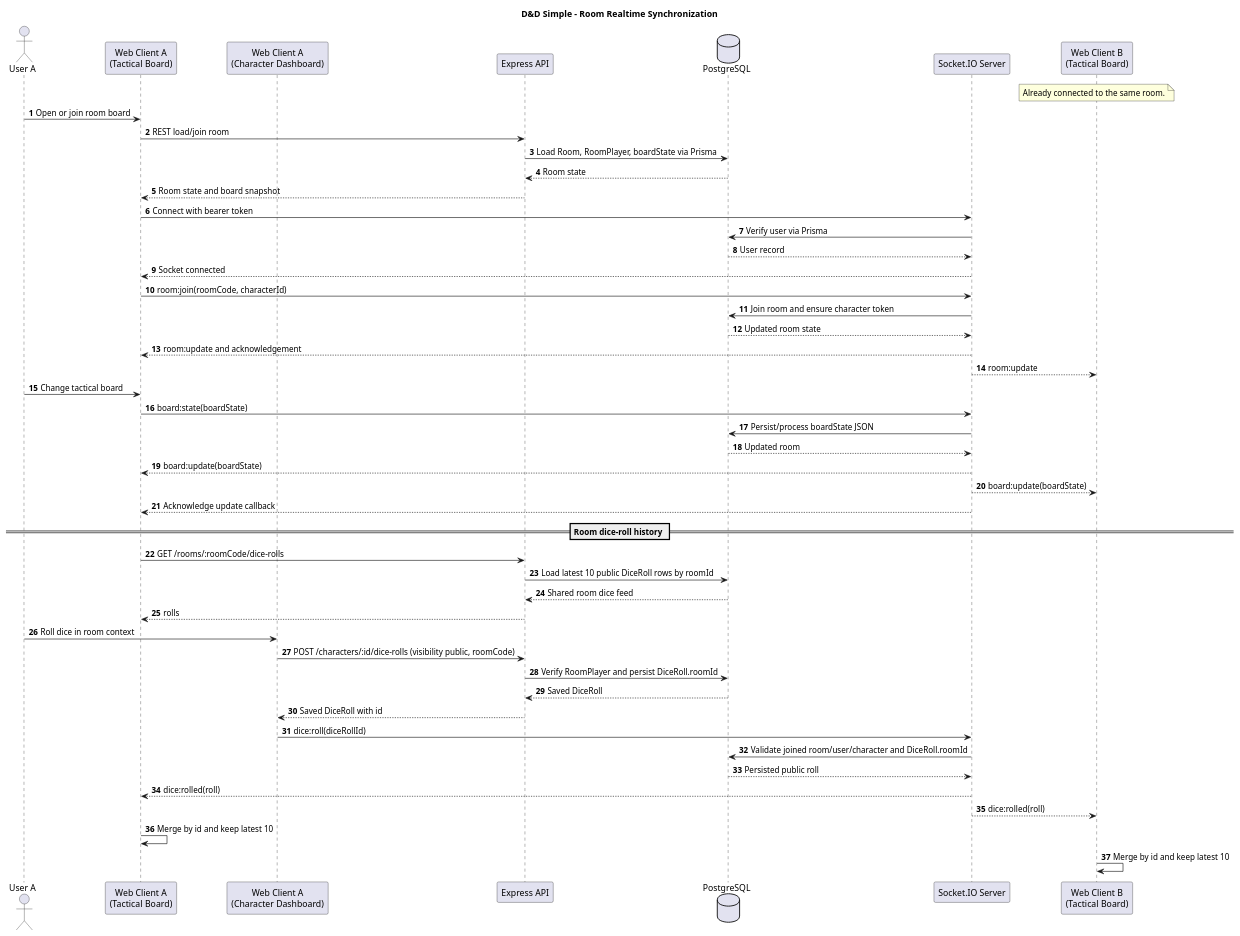
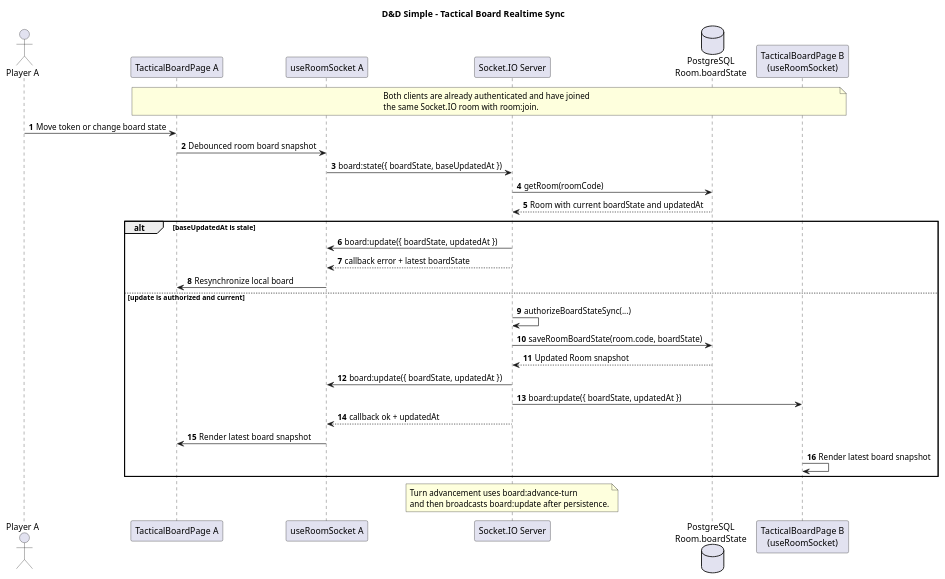
The diagram in docs/uml/sequence-room-realtime-sync.puml (LGalof/dd-simple), drawn with PlantUML before and after one commit. The commit also changed 11 other files, not shown here.

Commit message:
Posodobitev dokumentacije UML

```diff
--- a/docs/uml/sequence-room-realtime-sync.puml
+++ b/docs/uml/sequence-room-realtime-sync.puml
@@ -1,62 +1,46 @@
 @startuml
-title D&D Simple - Room Realtime Synchronization
+title D&D Simple - Tactical Board Realtime Sync
+
+skinparam backgroundColor #FFFFFF
+skinparam shadowing false
 autonumber
 
-actor "User A" as UserA
-participant "Web Client A\n(Tactical Board)" as ClientA
-participant "Web Client A\n(Character Dashboard)" as DashboardA
-participant "Express API" as API
-database "PostgreSQL" as DB
+actor "Player A" as PlayerA
+participant "TacticalBoardPage A" as BoardA
+participant "useRoomSocket A" as SocketHookA
 participant "Socket.IO Server" as Socket
-participant "Web Client B\n(Tactical Board)" as ClientB
+database "PostgreSQL\nRoom.boardState" as DB
+participant "TacticalBoardPage B\n(useRoomSocket)" as BoardB
 
-note over ClientB
-Already connected to the same room.
+note over BoardA, BoardB
+Both clients are already authenticated and have joined
+the same Socket.IO room with room:join.
 end note
 
-UserA -> ClientA : Open or join room board
-ClientA -> API : REST load/join room
-API -> DB : Load Room, RoomPlayer, boardState via Prisma
-DB --> API : Room state
-API --> ClientA : Room state and board snapshot
+PlayerA -> BoardA: Move token or change board state
+BoardA -> SocketHookA: Debounced room board snapshot
+SocketHookA -> Socket: board:state({ boardState, baseUpdatedAt })
+Socket -> DB: getRoom(roomCode)
+DB --> Socket: Room with current boardState and updatedAt
 
-ClientA -> Socket : Connect with bearer token
-Socket -> DB : Verify user via Prisma
-DB --> Socket : User record
-Socket --> ClientA : Socket connected
+alt baseUpdatedAt is stale
+  Socket -> SocketHookA: board:update({ boardState, updatedAt })
+  Socket --> SocketHookA: callback error + latest boardState
+  SocketHookA -> BoardA: Resynchronize local board
+else update is authorized and current
+  Socket -> Socket: authorizeBoardStateSync(...)
+  Socket -> DB: saveRoomBoardState(room.code, boardState)
+  DB --> Socket: Updated Room snapshot
+  Socket -> SocketHookA: board:update({ boardState, updatedAt })
+  Socket -> BoardB: board:update({ boardState, updatedAt })
+  Socket --> SocketHookA: callback ok + updatedAt
+  SocketHookA -> BoardA: Render latest board snapshot
+  BoardB -> BoardB: Render latest board snapshot
+end
 
-ClientA -> Socket : room:join(roomCode, characterId)
-Socket -> DB : Join room and ensure character token
-DB --> Socket : Updated room state
-Socket --> ClientA : room:update and acknowledgement
-Socket --> ClientB : room:update
+note over Socket
+Turn advancement uses board:advance-turn
+and then broadcasts board:update after persistence.
+end note
 
-UserA -> ClientA : Change tactical board
-ClientA -> Socket : board:state(boardState)
-Socket -> DB : Persist/process boardState JSON
-DB --> Socket : Updated room
-Socket --> ClientA : board:update(boardState)
-Socket --> ClientB : board:update(boardState)
-Socket --> ClientA : Acknowledge update callback
-
-== Room dice-roll history ==
-
-ClientA -> API : GET /rooms/:roomCode/dice-rolls
-API -> DB : Load latest 10 public DiceRoll rows by roomId
-DB --> API : Shared room dice feed
-API --> ClientA : rolls
-
-UserA -> DashboardA : Roll dice in room context
-DashboardA -> API : POST /characters/:id/dice-rolls (visibility public, roomCode)
-API -> DB : Verify RoomPlayer and persist DiceRoll.roomId
-DB --> API : Saved DiceRoll
-API --> DashboardA : Saved DiceRoll with id
-
-DashboardA -> Socket : dice:roll(diceRollId)
-Socket -> DB : Validate joined room/user/character and DiceRoll.roomId
-DB --> Socket : Persisted public roll
-Socket --> ClientA : dice:rolled(roll)
-Socket --> ClientB : dice:rolled(roll)
-ClientA -> ClientA : Merge by id and keep latest 10
-ClientB -> ClientB : Merge by id and keep latest 10
 @enduml
```
